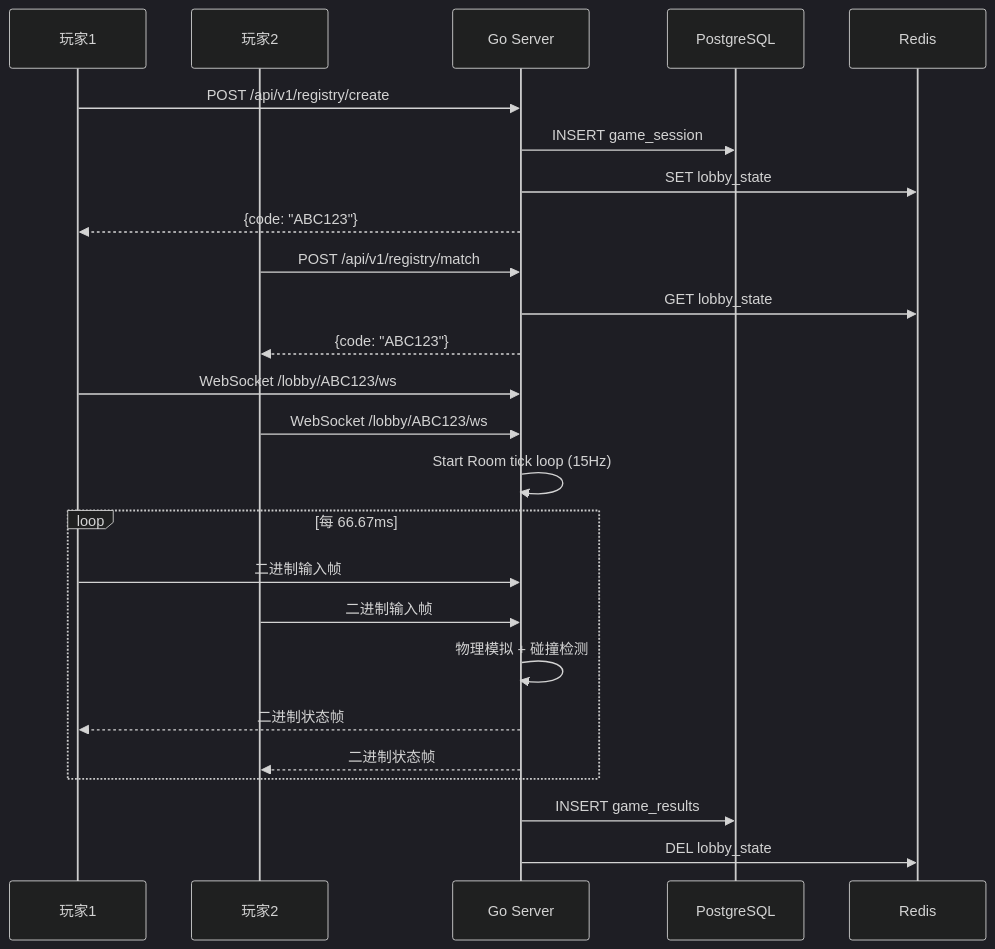
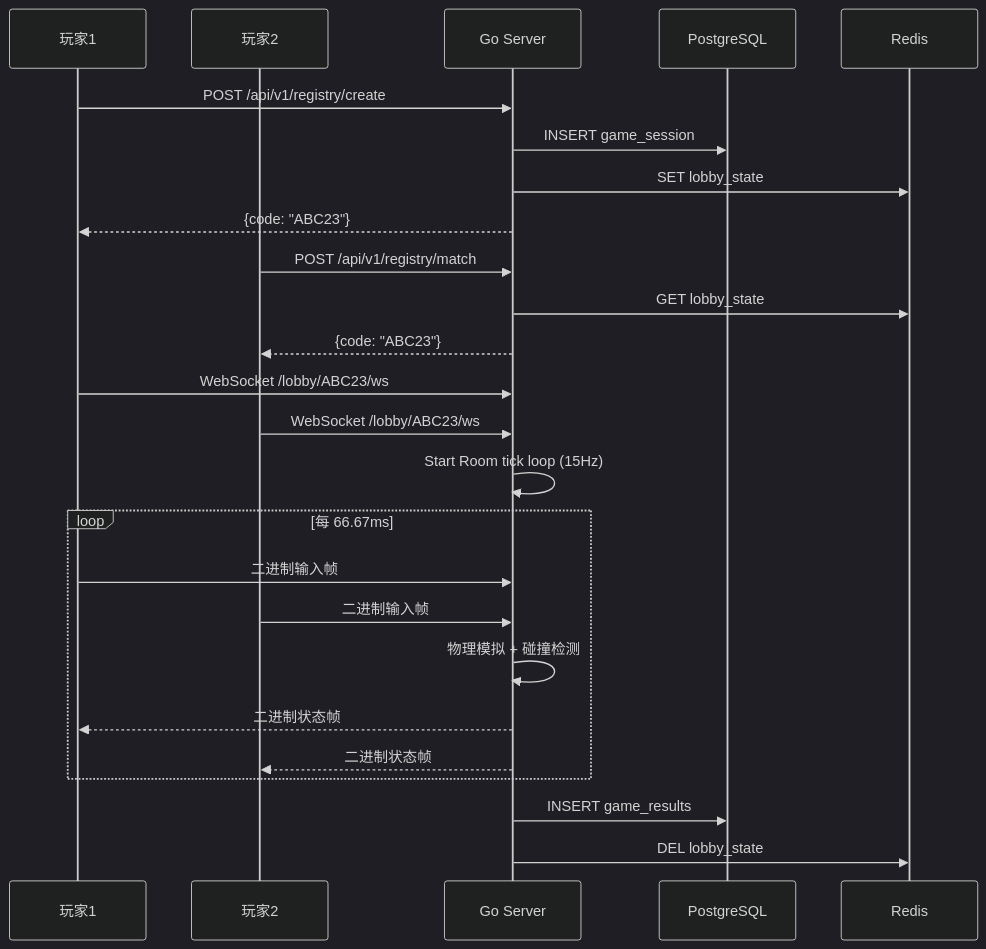
Before and after one commit to FCFColin/uppy-clone: the second of 2 diagrams in docs/architecture/architecture.md, drawn with Mermaid (dark theme). The commit also changed other lines of this file and 39 other files, not shown here.

````diff
--- a/docs/architecture/architecture.md
+++ b/docs/architecture/architecture.md
@@ -112,32 +114,32 @@
 ```mermaid
 sequenceDiagram
     participant P1 as 玩家1
     participant P2 as 玩家2
     participant S as Go Server
     participant PG as PostgreSQL
     participant R as Redis
 
     P1->>S: POST /api/v1/registry/create
     S->>PG: INSERT game_session
     S->>R: SET lobby_state
-    S-->>P1: {code: "ABC123"}
+    S-->>P1: {code: "ABC23"}
 
     P2->>S: POST /api/v1/registry/match
     S->>R: GET lobby_state
-    S-->>P2: {code: "ABC123"}
+    S-->>P2: {code: "ABC23"}
 
-    P1->>S: WebSocket /lobby/ABC123/ws
-    P2->>S: WebSocket /lobby/ABC123/ws
+    P1->>S: WebSocket /lobby/ABC23/ws
+    P2->>S: WebSocket /lobby/ABC23/ws
     S->>S: Start Room tick loop (15Hz)
 
     loop 每 66.67ms
         P1->>S: 二进制输入帧
         P2->>S: 二进制输入帧
         S->>S: 物理模拟 + 碰撞检测
         S-->>P1: 二进制状态帧
         S-->>P2: 二进制状态帧
     end
 
     S->>PG: INSERT game_results
     S->>R: DEL lobby_state
 ```
````
